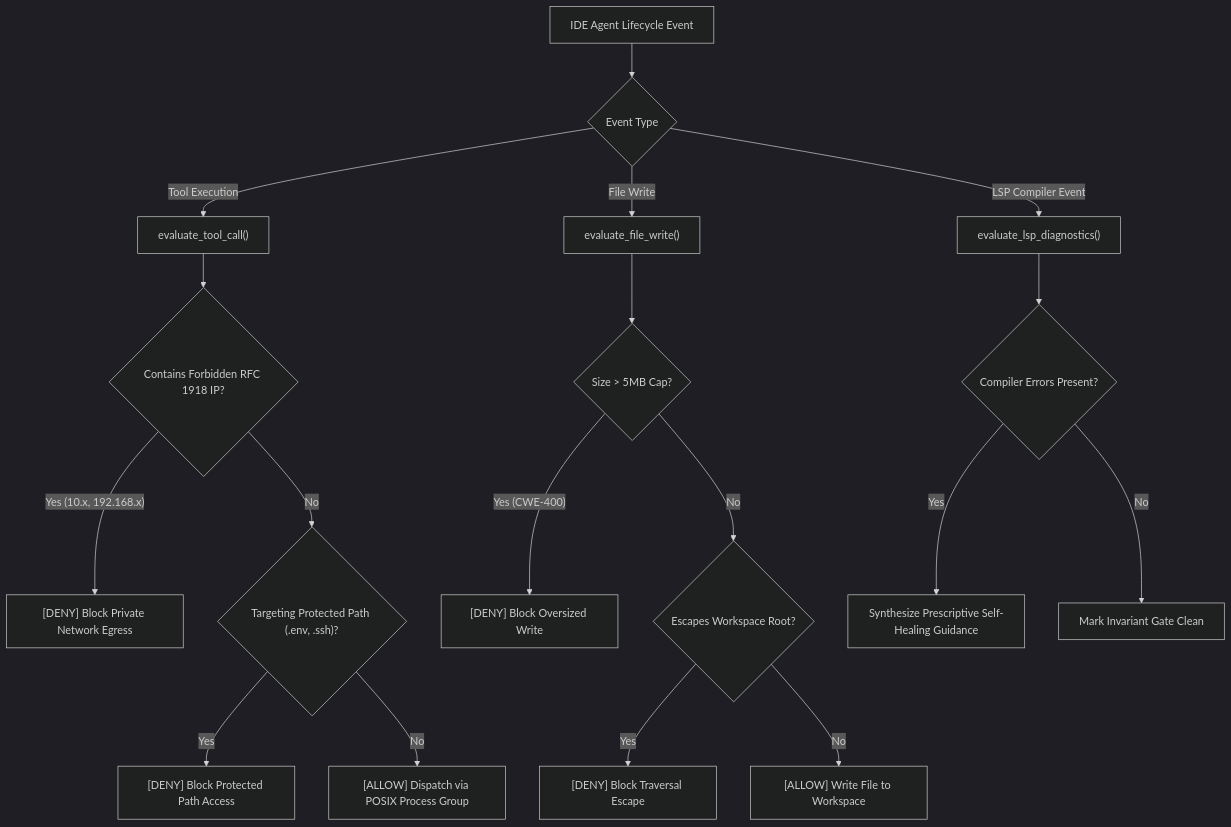
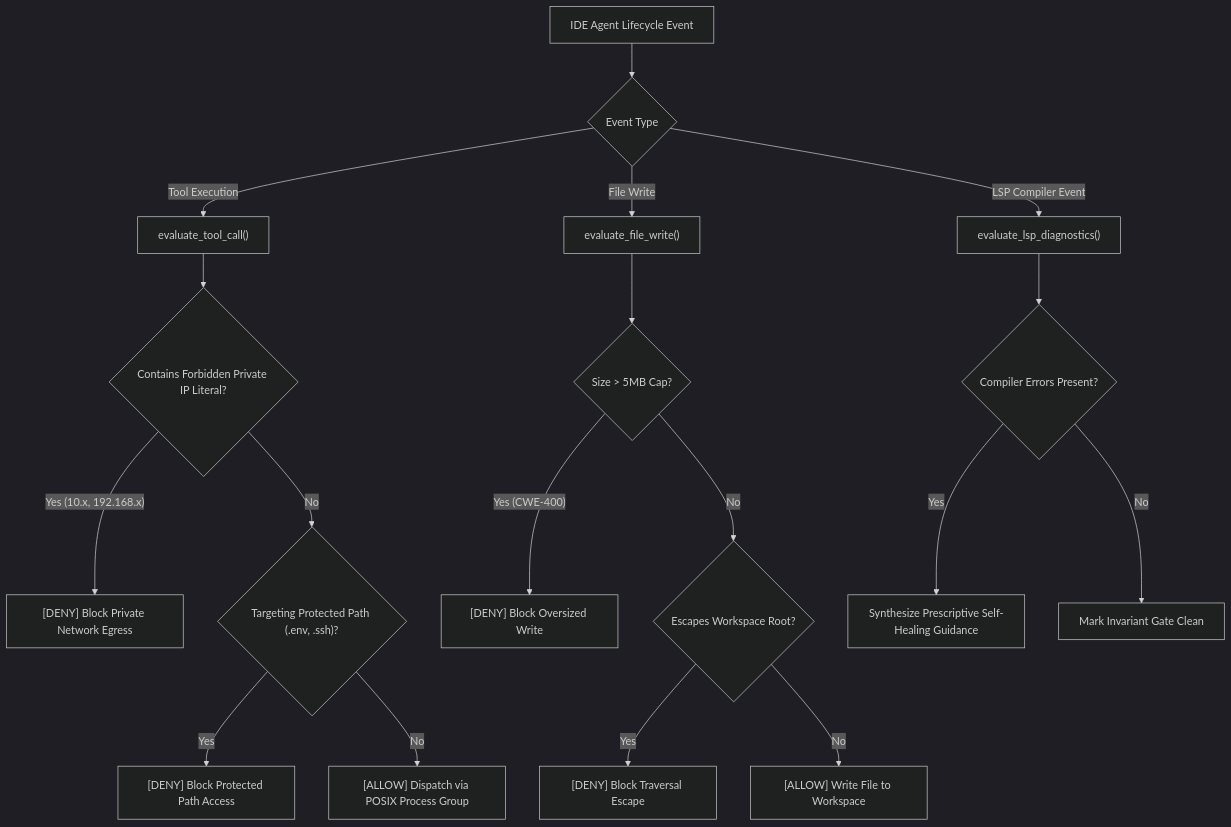
Before and after one commit to dan-petty/vibes: the diagram in examples/agentic-ide-hook-sentinel/README.md, drawn with Mermaid (dark theme). The commit also changed other lines of this file and 248 other files, not shown here.

````diff
--- a/examples/agentic-ide-hook-sentinel/README.md
+++ b/examples/agentic-ide-hook-sentinel/README.md
@@ -22,23 +22,23 @@
 ```mermaid
 flowchart TD
     Event["IDE Agent Lifecycle Event"] --> Intercept{"Event Type"}
 
     Intercept -->|"Tool Execution"| CheckTool["evaluate_tool_call()"]
-    CheckTool --> IPCheck{"Contains Forbidden RFC 1918 IP?"}
+    CheckTool --> IPCheck{"Contains Forbidden Private IP Literal?"}
     IPCheck -->|"Yes (10.x, 192.168.x)"| DenyTool1["[DENY] Block Private Network Egress"]
     IPCheck -->|No| PathCheck{"Targeting Protected Path (.env, .ssh)?"}
     PathCheck -->|"Yes"| DenyTool2["[DENY] Block Protected Path Access"]
     PathCheck -->|No| AllowTool["[ALLOW] Dispatch via POSIX Process Group"]
 
     Intercept -->|"File Write"| CheckWrite["evaluate_file_write()"]
     CheckWrite --> SizeCheck{"Size > 5MB Cap?"}
     SizeCheck -->|"Yes (CWE-400)"| DenyWrite1["[DENY] Block Oversized Write"]
     SizeCheck -->|No| EscapeCheck{"Escapes Workspace Root?"}
     EscapeCheck -->|"Yes"| DenyWrite2["[DENY] Block Traversal Escape"]
     EscapeCheck -->|No| AllowWrite["[ALLOW] Write File to Workspace"]
 
     Intercept -->|"LSP Compiler Event"| ParseLSP["evaluate_lsp_diagnostics()"]
     ParseLSP --> DiagCheck{"Compiler Errors Present?"}
     DiagCheck -->|"Yes"| Synthesize["Synthesize Prescriptive Self-Healing Guidance"]
     DiagCheck -->|No| PassClean["Mark Invariant Gate Clean"]
 ```
````
